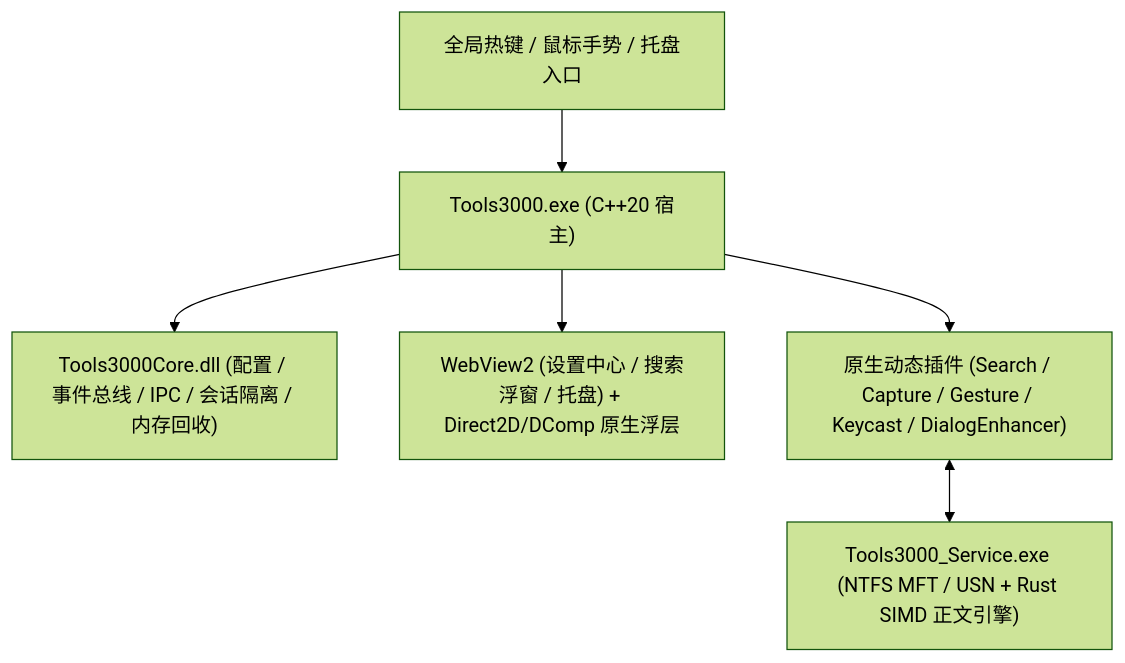
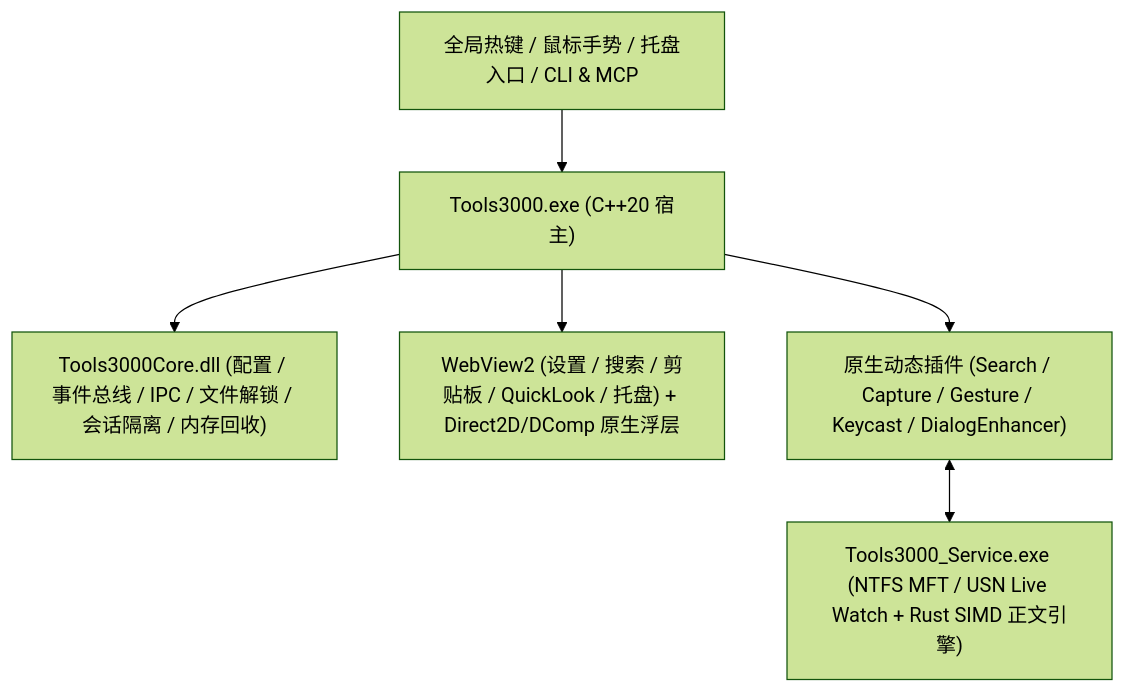
One commit to yuan278501381/Tools3000 changed the diagram in docs/DEVELOPER.md. Above: the diagram before and after it, drawn with Mermaid (forest theme). The commit also changed other lines of this file and 42 other files, not shown here.

First line of the commit message:
更新全 8 语种 v1.4.2 用户向文档、12 核 Bento 海报、新版演示动图与发布说明

````diff
--- a/docs/DEVELOPER.md
+++ b/docs/DEVELOPER.md
@@ -15,8 +19,8 @@
 ```mermaid
 flowchart TB
-    User["全局热键 / 鼠标手势 / 托盘入口"] --> Host["Tools3000.exe (C++20 宿主)"]
-    Host --> Core["Tools3000Core.dll (配置 / 事件总线 / IPC / 会话隔离 / 内存回收)"]
-    Host --> UI["WebView2 (设置中心 / 搜索浮窗 / 托盘) + Direct2D/DComp 原生浮层"]
+    User["全局热键 / 鼠标手势 / 托盘入口 / CLI & MCP"] --> Host["Tools3000.exe (C++20 宿主)"]
+    Host --> Core["Tools3000Core.dll (配置 / 事件总线 / IPC / 文件解锁 / 会话隔离 / 内存回收)"]
+    Host --> UI["WebView2 (设置 / 搜索 / 剪贴板 / QuickLook / 托盘) + Direct2D/DComp 原生浮层"]
     Host --> Plugins["原生动态插件 (Search / Capture / Gesture / Keycast / DialogEnhancer)"]
-    Plugins <--> Service["Tools3000_Service.exe (NTFS MFT / USN + Rust SIMD 正文引擎)"]
+    Plugins <--> Service["Tools3000_Service.exe (NTFS MFT / USN Live Watch + Rust SIMD 正文引擎)"]
 ```
````
